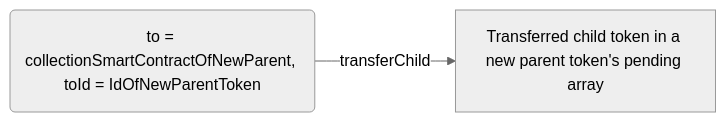
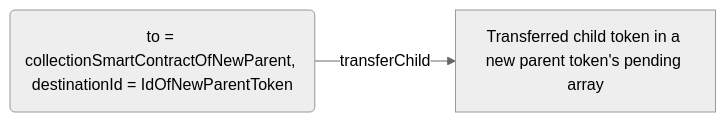
The sixth of 6 diagrams in README.md (rmrk-team/NestingEIP), drawn with Mermaid (neutral theme) before and after one commit. The commit also changed other lines of this file, not shown here.

First line of the commit message:
Change toId to destinationId

````diff
--- a/README.md
+++ b/README.md
@@ -483,4 +483,4 @@
 ```mermaid
 graph LR
-    A(to = collectionSmartContractOfNewParent, toId = IdOfNewParentToken) -->|transferChild| B[Transferred child token in a new parent token's pending array]
+    A(to = collectionSmartContractOfNewParent, destinationId = IdOfNewParentToken) -->|transferChild| B[Transferred child token in a new parent token's pending array]
 ```
````
